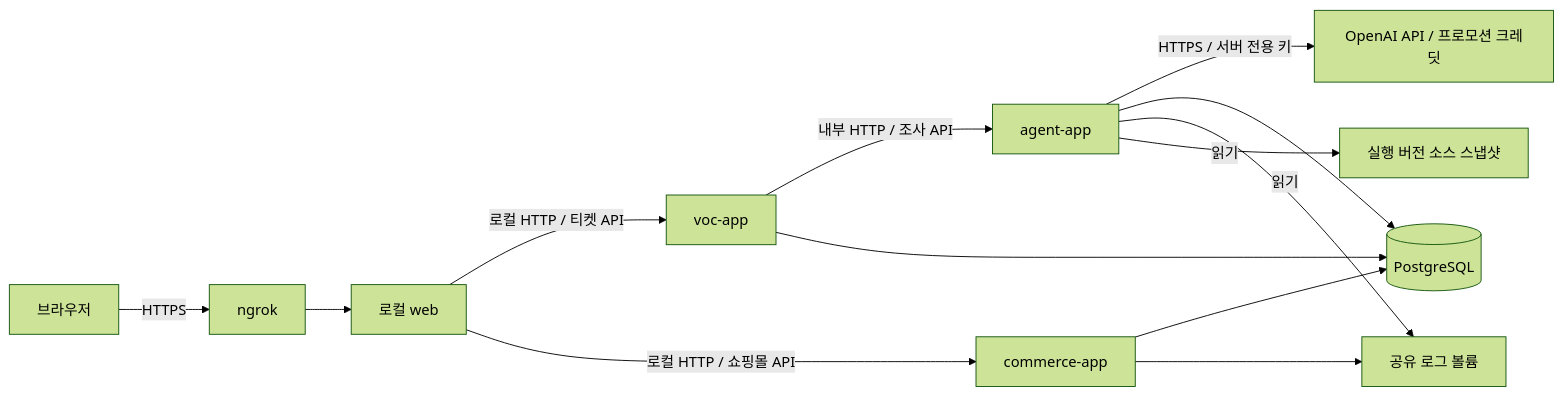
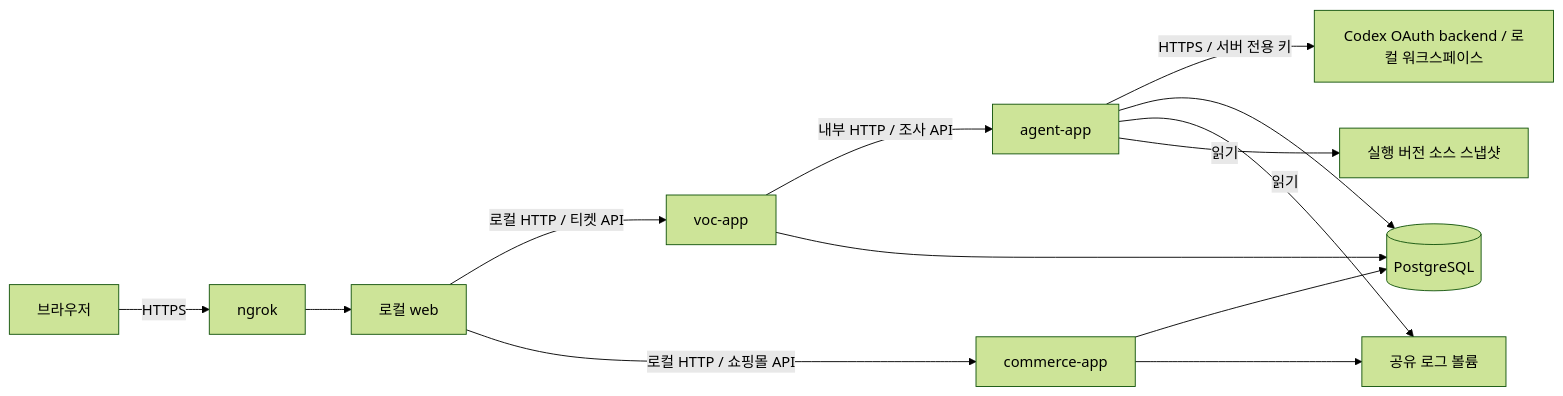
Before and after one commit to sanghyo-lab/jdd: the second of 2 diagrams in docs/frontend-deployment.md, drawn with Mermaid (forest theme). The commit also changed other lines of this file and 46 other files, not shown here.

Commit message:
feat(agent): isolate local Codex OAuth from deployed Responses API

````diff
--- a/docs/frontend-deployment.md
+++ b/docs/frontend-deployment.md
@@ -124,15 +129,15 @@
 ```mermaid
 flowchart LR
     Browser[브라우저] -->|HTTPS| Tunnel[ngrok]
     Tunnel --> Web[로컬 web]
     Web -->|로컬 HTTP / 티켓 API| VOC[voc-app]
     VOC -->|내부 HTTP / 조사 API| Agent[agent-app]
     Web -->|로컬 HTTP / 쇼핑몰 API| Commerce[commerce-app]
-    Agent -->|HTTPS / 서버 전용 키| LLM[OpenAI API / 프로모션 크레딧]
+    Agent -->|HTTPS / 서버 전용 키| LLM[Codex OAuth backend / 로컬 워크스페이스]
     Agent --> DB[(PostgreSQL)]
     VOC --> DB
     Commerce --> DB
     Commerce --> Logs[공유 로그 볼륨]
     Agent -->|읽기| Logs
     Agent -->|읽기| Source[실행 버전 소스 스냅샷]
 ```
````
